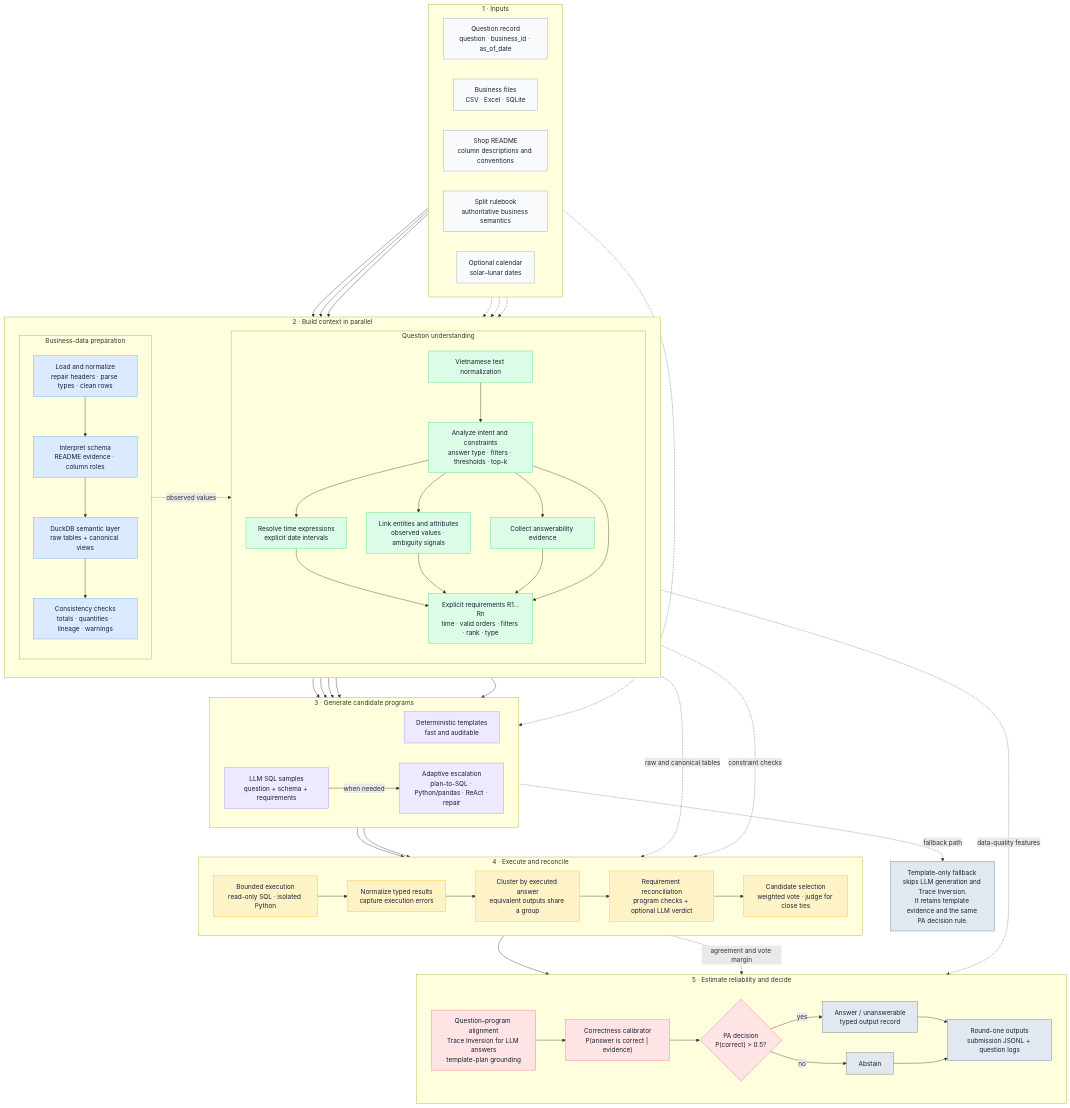
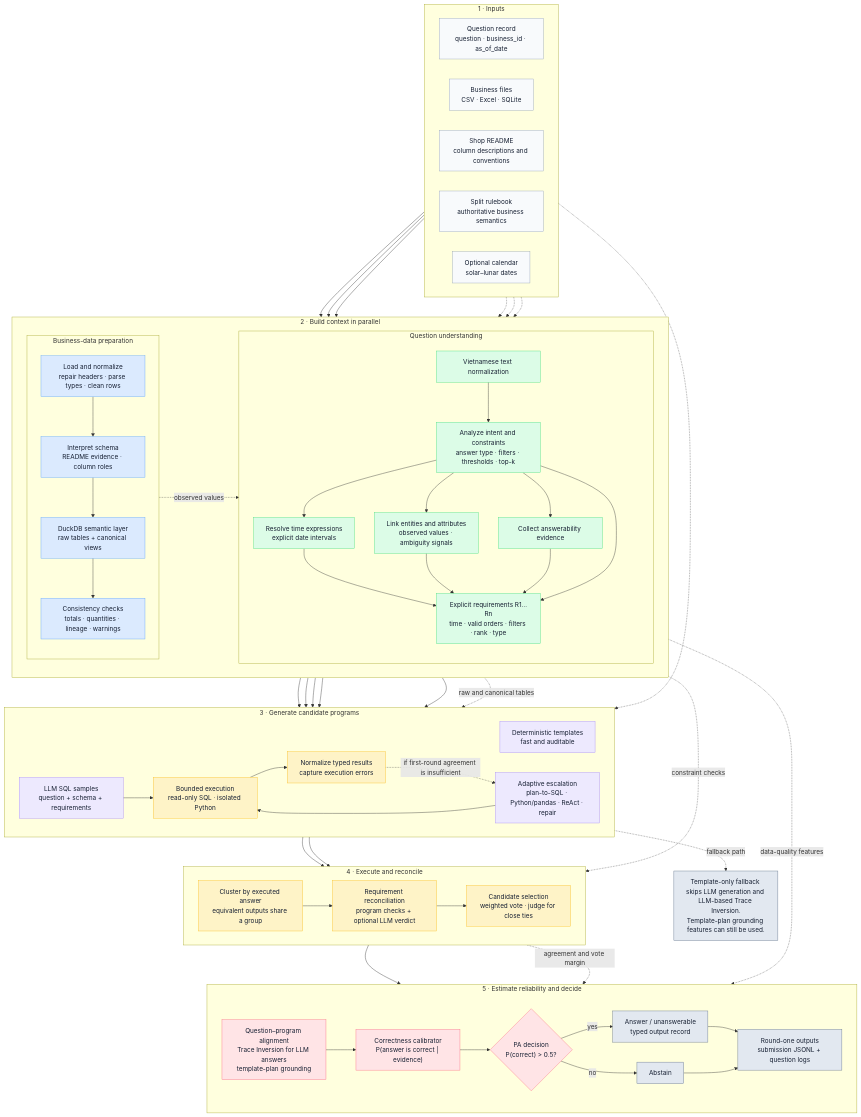
Before and after one commit to AIVIETNAM-AIO-khaisiubeo/datamate-agent-updated: the diagram in docs/figures/architecture_round1.mmd, drawn with Mermaid.

Commit message:
docs: align architecture with early exit and template inversion behavior

```diff
--- a/docs/figures/architecture_round1.mmd
+++ b/docs/figures/architecture_round1.mmd
@@ -1,112 +1,113 @@
 flowchart TB
   subgraph INPUTS["1 · Inputs"]
     direction LR
     Q["Question record<br/>question · business_id · as_of_date"]
     FILES["Business files<br/>CSV · Excel · SQLite"]
     SHOP["Shop README<br/>column descriptions and conventions"]
     RB["Split rulebook<br/>authoritative business semantics"]
     CAL["Optional calendar<br/>solar–lunar dates"]
   end
 
   subgraph CONTEXT["2 · Build context in parallel"]
     direction LR
     subgraph DATA["Business-data preparation"]
       direction TB
       LOAD["Load and normalize<br/>repair headers · parse types · clean rows"]
       ROLES["Interpret schema<br/>README evidence · column roles"]
       VIEWS["DuckDB semantic layer<br/>raw tables + canonical views"]
       CHECKS["Consistency checks<br/>totals · quantities · lineage · warnings"]
       LOAD --> ROLES --> VIEWS --> CHECKS
     end
     subgraph QUESTION["Question understanding"]
       direction TB
       NORM["Vietnamese text normalization"]
       PARSE["Analyze intent and constraints<br/>answer type · filters · thresholds · top-k"]
       TIME["Resolve time expressions<br/>explicit date intervals"]
       LINK["Link entities and attributes<br/>observed values · ambiguity signals"]
       AVAIL["Collect answerability evidence"]
       REQ["Explicit requirements R1…Rn<br/>time · valid orders · filters · rank · type"]
       NORM --> PARSE
       PARSE --> TIME
       PARSE --> LINK
       PARSE --> AVAIL
       TIME --> REQ
       LINK --> REQ
       AVAIL --> REQ
       PARSE --> REQ
     end
   end
 
   subgraph CANDIDATES["3 · Generate candidate programs"]
     direction LR
     TPL["Deterministic templates<br/>fast and auditable"]
     SQL["LLM SQL samples<br/>question + schema + requirements"]
     ESC["Adaptive escalation<br/>plan-to-SQL · Python/pandas · ReAct · repair"]
-    SQL -->|when needed| ESC
+    SQL --> RUN
+    FMT -. if first-round agreement is insufficient .-> ESC
   end
 
   subgraph EXECUTION["4 · Execute and reconcile"]
     direction LR
     RUN["Bounded execution<br/>read-only SQL · isolated Python"]
     FMT["Normalize typed results<br/>capture execution errors"]
     GROUP["Cluster by executed answer<br/>equivalent outputs share a group"]
     RC["Requirement reconciliation<br/>program checks + optional LLM verdict"]
     VOTE["Candidate selection<br/>weighted vote · judge for close ties"]
     RUN --> FMT --> GROUP --> RC --> VOTE
   end
 
   subgraph RELIABILITY["5 · Estimate reliability and decide"]
     direction LR
     ALIGN["Question–program alignment<br/>Trace Inversion for LLM answers<br/>template-plan grounding"]
     CALIB["Correctness calibrator<br/>P(answer is correct | evidence)"]
     DECIDE{"PA decision<br/>P(correct) > 0.5?"}
     ANSWER["Answer / unanswerable<br/>typed output record"]
     ABSTAIN["Abstain"]
     OUT["Round-one outputs<br/>submission JSONL + question logs"]
     ALIGN --> CALIB
     CALIB --> DECIDE
     DECIDE -->|yes| ANSWER
     DECIDE -->|no| ABSTAIN
     ANSWER --> OUT
     ABSTAIN --> OUT
   end
 
   FILES --> LOAD
   SHOP --> ROLES
   Q --> NORM
   RB -.-> VIEWS
   RB -.-> REQ
   RB -.-> SQL
   CAL -.-> TIME
   VIEWS -. observed values .-> LINK
   VIEWS --> TPL
   REQ --> TPL
   PARSE --> TPL
   PARSE --> SQL
   LINK --> SQL
-  TPL --> RUN
+  TPL --> GROUP
   ESC --> RUN
   VIEWS -. raw and canonical tables .-> RUN
   REQ -. constraint checks .-> RC
   CHECKS -. data-quality features .-> CALIB
   VOTE --> ALIGN
   VOTE -. agreement and vote margin .-> CALIB
 
-  FAST["Template-only fallback skips LLM generation and Trace Inversion.<br/>It retains template evidence and the same PA decision rule."]
+  FAST["Template-only fallback skips LLM generation and LLM-based Trace Inversion.<br/>Template-plan grounding features can still be used."]
   TPL -. fallback path .-> FAST
 
   classDef input fill:#F8FAFC,stroke:#94A3B8,color:#172033;
   classDef data fill:#DBEAFE,stroke:#60A5FA,color:#172033;
   classDef question fill:#DCFCE7,stroke:#4ADE80,color:#172033;
   classDef candidate fill:#EDE9FE,stroke:#A78BFA,color:#172033;
   classDef execution fill:#FEF3C7,stroke:#FBBF24,color:#172033;
   classDef reliability fill:#FFE4E6,stroke:#FB7185,color:#172033;
   classDef output fill:#E2E8F0,stroke:#64748B,color:#172033;
 
   class Q,FILES,SHOP,RB,CAL input;
   class LOAD,ROLES,VIEWS,CHECKS data;
   class NORM,PARSE,TIME,LINK,AVAIL,REQ question;
   class TPL,SQL,ESC candidate;
   class RUN,FMT,GROUP,RC,VOTE execution;
   class ALIGN,CALIB,DECIDE reliability;
   class ANSWER,ABSTAIN,OUT,FAST output;
```
